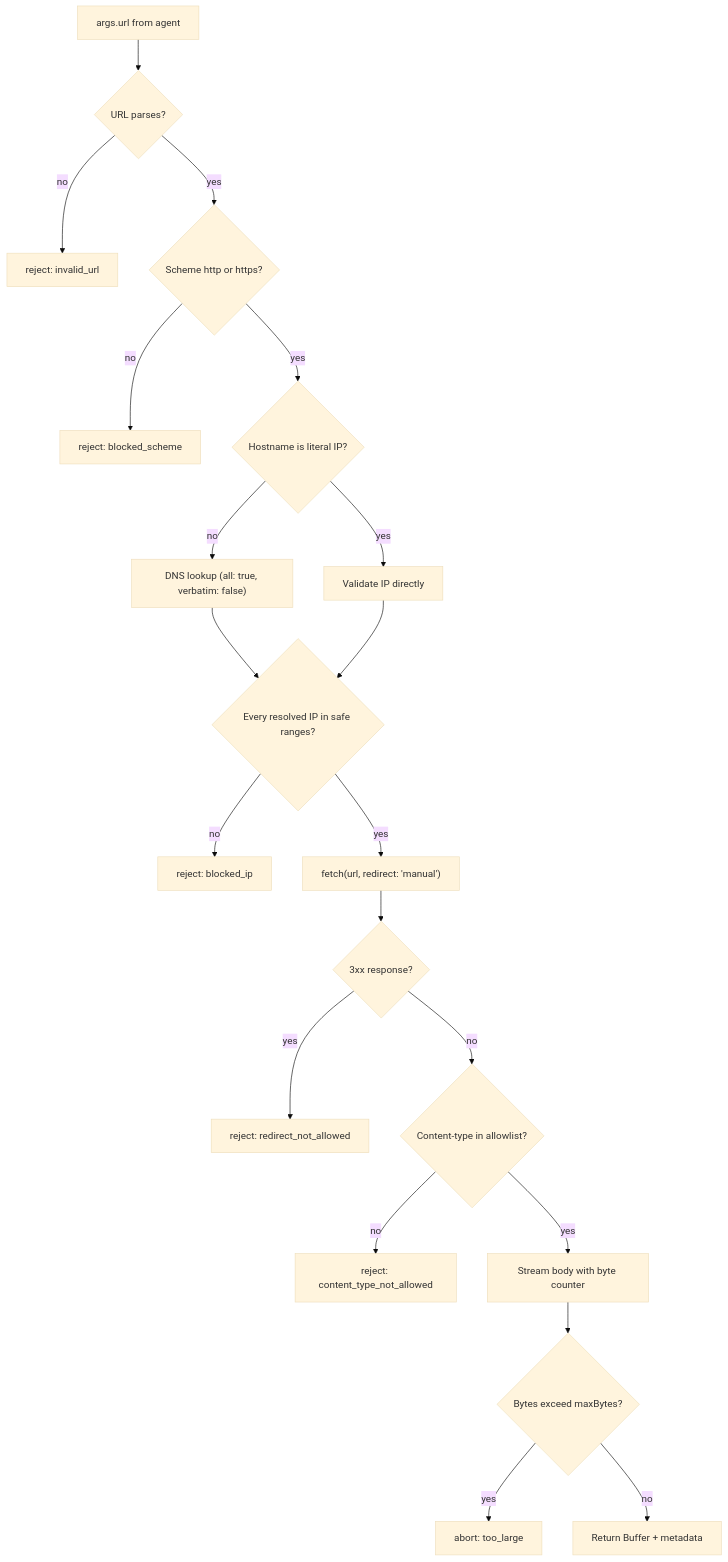
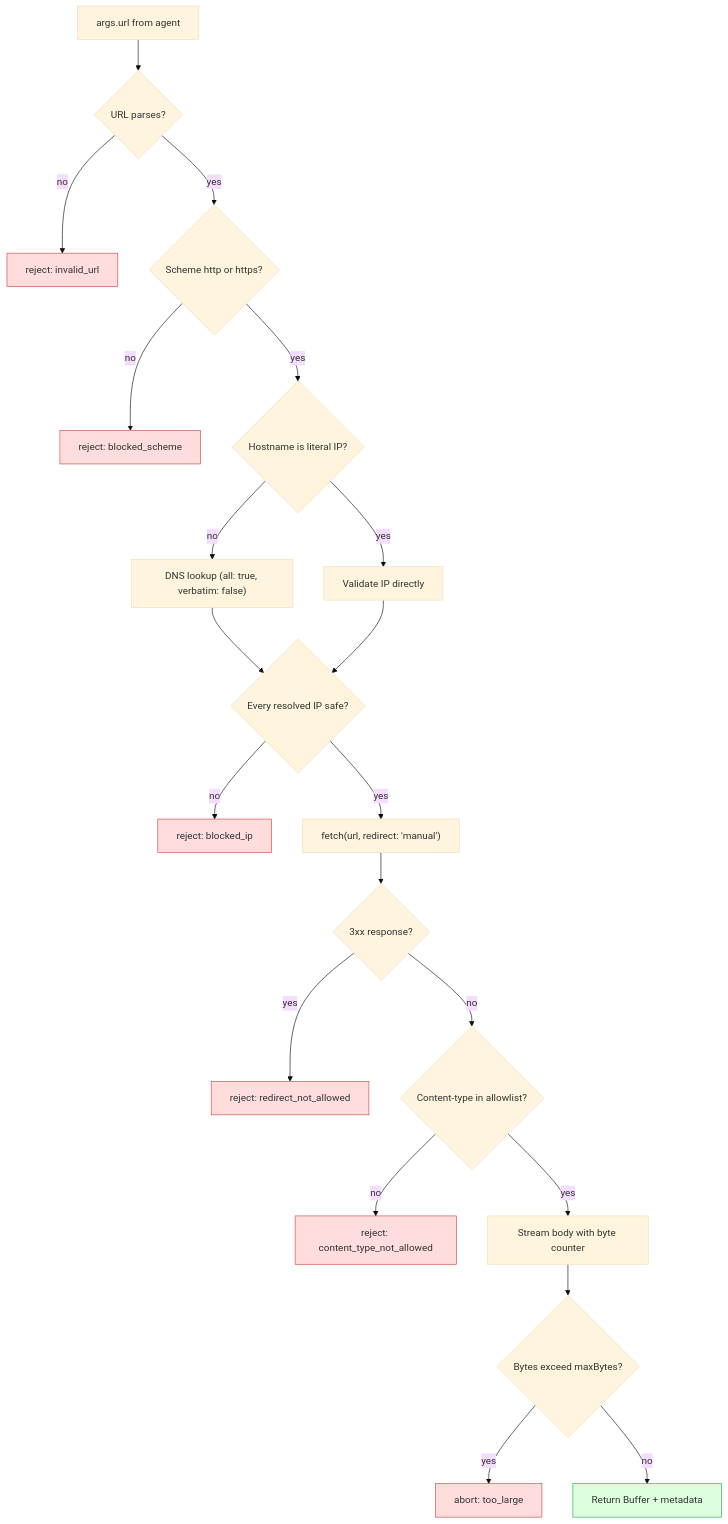
The fourth of 6 diagrams in docs/SECURITY.md (Andy00L/sharetopus), drawn with Mermaid (base theme) before and after one commit. The commit also changed other lines of this file and 23 other files, not shown here.

````diff
--- a/docs/SECURITY.md
+++ b/docs/SECURITY.md
@@ -124,22 +199,30 @@
 ```mermaid
 flowchart TD
     A[args.url from agent] --> B{URL parses?}
     B -- no --> X1[reject: invalid_url]
     B -- yes --> C{Scheme http or https?}
     C -- no --> X2[reject: blocked_scheme]
     C -- yes --> D{Hostname is literal IP?}
     D -- yes --> E[Validate IP directly]
     D -- no --> F["DNS lookup (all: true, verbatim: false)"]
-    F --> G{Every resolved IP in safe ranges?}
+    F --> G{Every resolved IP safe?}
     E --> G
     G -- no --> X3[reject: blocked_ip]
     G -- yes --> H["fetch(url, redirect: 'manual')"]
     H --> I{3xx response?}
     I -- yes --> X4[reject: redirect_not_allowed]
     I -- no --> J{Content-type in allowlist?}
     J -- no --> X5[reject: content_type_not_allowed]
     J -- yes --> K[Stream body with byte counter]
     K --> L{Bytes exceed maxBytes?}
     L -- yes --> X6[abort: too_large]
     L -- no --> M[Return Buffer + metadata]
+
+    style X1 fill:#fdd,stroke:#c44
+    style X2 fill:#fdd,stroke:#c44
+    style X3 fill:#fdd,stroke:#c44
+    style X4 fill:#fdd,stroke:#c44
+    style X5 fill:#fdd,stroke:#c44
+    style X6 fill:#fdd,stroke:#c44
+    style M fill:#dfd,stroke:#2a5
 ```
````
